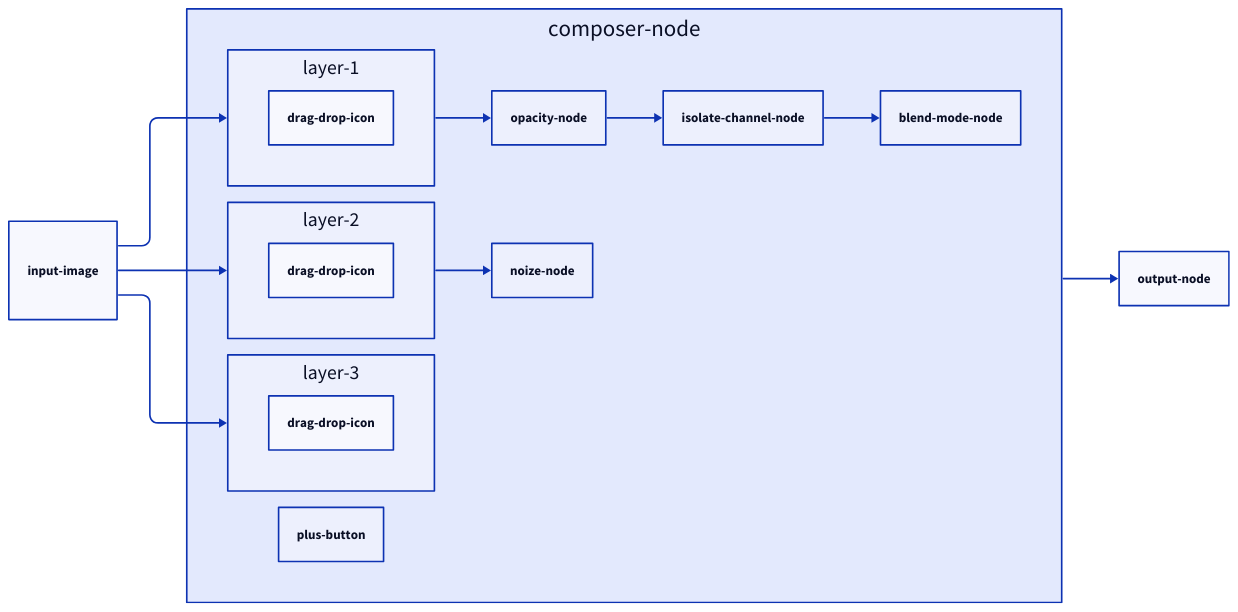
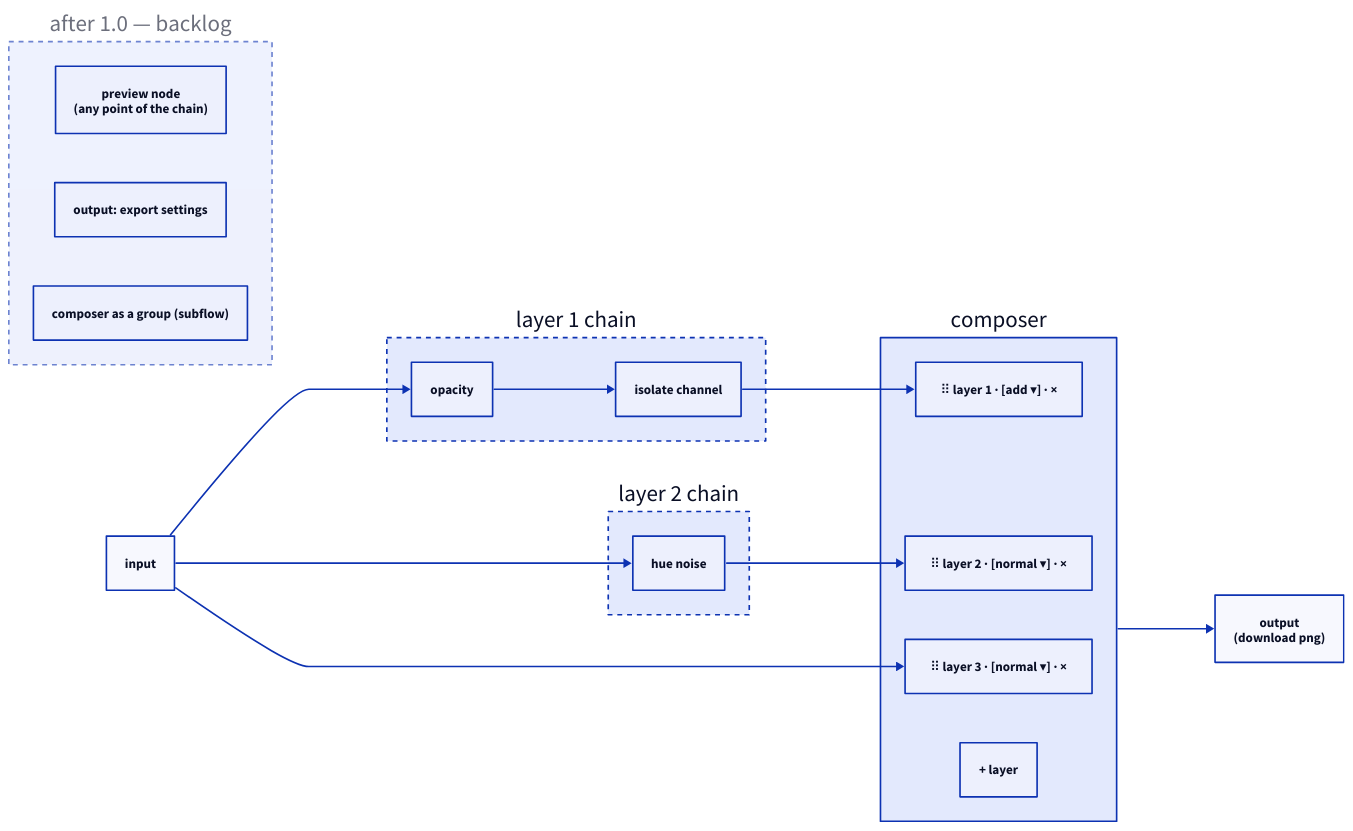
The diagram in docs/sprints/sprint-4.diagram.d2 (iwwwanow/xtc-toaster), drawn with D2 before and after one commit. The commit also changed 9 other files, not shown here.

First line of the commit message:
docs: sprint 4 — spec, composer diagram, sprint 3 closed

```diff
--- a/docs/sprints/sprint-4.diagram.d2
+++ b/docs/sprints/sprint-4.diagram.d2
@@ -1,65 +1,63 @@
 vars: {
   d2-config: {
-    layout-engine: elk
+    layout-engine: dagre
   }
 }
+
+# sprint 4 — composer. spec: docs/sprints/sprint-4.spec.md
+# решено 26.10 (docs/diary/2026-10-26_sprint-4-planning.md):
+# - один output input-ноды → сколько угодно рёбер (xyflow умеет из коробки) — ни ноды-умножителя, ни кнопки «дублировать выход»
+# - composer — обычная нода со строками-слоями, цепочки снаружи; группа (subflow) — после 1.0
+# - blend mode — select в строке слоя, не нода; opacity — нода в цепочке (уже есть)
+# - верхняя строка = верхний слой
+# - preview-node и настройки экспорта в output — после 1.0, сначала обсуждение
 
 direction: right
 
 input-image: {
-  # output-1
-  # output-2
-  # output-3
-  # TODO: duplicate-output-button. is needed?
+  label: "input"
 }
 
-composer-node: {
-  layer-1.drag-drop-icon
-  layer-2.drag-drop-icon
-  layer-3.drag-drop-icon
-  opacity-node
-  isolate-channel-node
-  blend-mode-node
-  noize-node
-  plus-button
-
-  layer-1 -> opacity-node -> isolate-channel-node -> blend-mode-node
-  layer-2 -> noize-node
+chain-1: "layer 1 chain" {
+  style.stroke-dash: 3
+  opacity-node: "opacity"
+  isolate-channel-node: "isolate channel"
+  opacity-node -> isolate-channel-node
 }
 
-# TODO: how to multiple input image node edges?
-# middleware multiplier node
-# OR plus-button on node - which duplicate output dot
-input-image -> composer-node.layer-1
-input-image -> composer-node.layer-2
+chain-2: "layer 2 chain" {
+  style.stroke-dash: 3
+  hue-noise-node: "hue noise"
+}
+
+composer-node: "composer" {
+  layer-1: "⠿ layer 1 · [add ▾] · ×"
+  layer-2: "⠿ layer 2 · [normal ▾] · ×"
+  layer-3: "⠿ layer 3 · [normal ▾] · ×"
+  plus-button: "+ layer"
+}
+
+output-node: "output" {
+  label: "output\n(download png)"
+}
+
+# fan-out: одна точка выхода, три ребра
 input-image -> composer-node.layer-3
+input-image -> chain-2.hue-noise-node
+input-image -> chain-1.opacity-node
+
+chain-1.isolate-channel-node -> composer-node.layer-1
+chain-2.hue-noise-node -> composer-node.layer-2
 
 composer-node -> output-node
 
-# TODO: preview node
-# split output node into preview node & output with export options
-# and preview-node may connect into every part of workflow - after layer too
-# layer rresult not output anything
-# или наоборот - composer-node - принимает только outputs уже хоровых пайплайнов. ранжирует их и выставляет blender-mode
-# текущая схема подразумевает работу в обоих вариантоах - к layer можно также подключить preview. тоесть после layer
+after-1-0: "after 1.0 — backlog" {
+  style.stroke-dash: 3
+  style.opacity: 0.6
+  preview-node: "preview node\n(any point of the chain)"
+  export-settings: "output: export settings"
+  composer-group: "composer as a group (subflow)"
+}
 
-# TODO: composer-node is group of nodes
-# all into it has similar border-color
-# or composer-node has background - и ноды не могут перемещаться вовне. это важный момент. какбудто могут всетаки. все, кроме layer-нод
-# тогда output-dot можем потерятся
-
-# TODO: по поводу UI. на выходных написал репозиторий uiu - там ui-kit. нам нужно задейстоввать его точечно
-# - при этом нужно будет оставить наш элемент нод - мне нравится как сделанно fieldset с подписью
-# - при этом нужно будет подбить отступы и цвета из этого ui-kit.вроде должно все сойтись
-# - давай также сразу установим правило в claude.md - в приоритете использовать стили из uiu
-# - если стилей недостаточно - мы их прописываем прям в текущем репо.при этом проставляем комментарий TODO на то, что этот стиль написан вручную, стили uiu не покрывают и сразу создавать новую запись в бэклог по правилу /log-backlog на переработку и добавление этого стиля в uiu
-
-# TODO: тебе нужно изучить текущую схему и дать мне развернутый комментарий по поводу ui/ux
-# дальшей оценить задачи на текущий спринт
-# и предложить план работы на неделю
-# также изучи как готовились и велись все предыдущие спритны - мы делили задачи на must&stretch. здесь давай сделаем также
-# на счет uiu - я думаю его можно использовать. все готово впринципе. нужно только понять какого количества ui-элементов нам не будет хватать. если этого количества слишком много. то будем оставлять элементы в текущем виде. а менять только то, что уже есть в uiu
-# на счет компоузинга сразу в output-node - я думаю, что это плохая идея. лучше выделить под это отдельную ноду. название ей предлагаю composer-node
-# также предлагаю разделить output-node на preview-node & output-node
-# в первой ноде будет просто превью output в текущем состоянии цепочки. сейчас понял, чо это не самая простая задача. можно вынести в отедльный спринт, уже после текущего релиза. только после обсуждения. вопрос - можем ли мы записывать на диск просто uint8clampedArray и затем возвращать его на клиент (чтобы мы могли кэшировать промежуточные preview). и как будет работать с этим массивом клиент? достаточно ли массива пикселей или обязательно его собирать в изображение? в картинку (png, jpeg)
-# во вторую добавим настройки экспорта - обсудим это. на данный момент в минимальном виде настроек хватит
+# ui — uiu точечно: fieldset ноды остаётся, отступы и цвета — из токенов uiu.
+# правило — CLAUDE.md, раздел «UI styles — uiu first»
```
